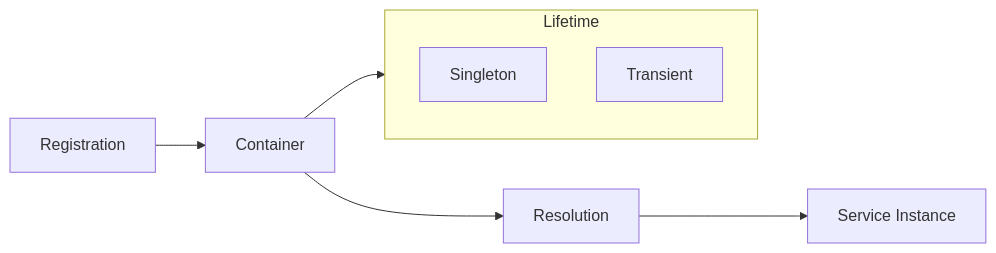
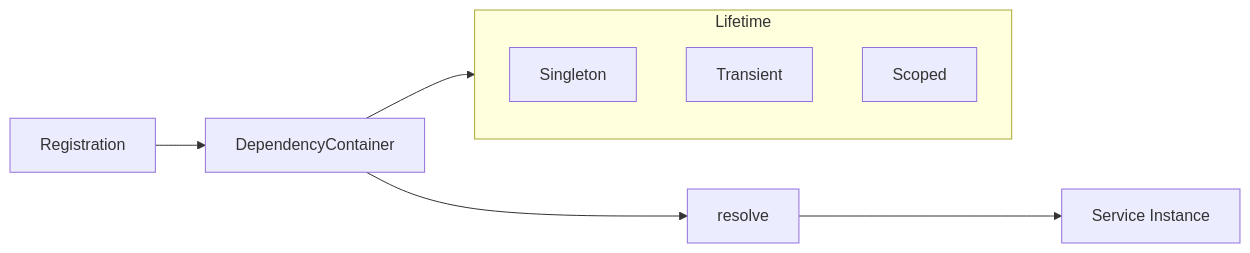
One commit to baselithcore/plugin-baselithbot changed the diagram in mkdocs-site/docs/core-modules/di.md. Above: the diagram before and after it, drawn with Mermaid. The commit also changed other lines of this file and 68 other files, not shown here.

````diff
--- a/mkdocs-site/docs/core-modules/di.md
+++ b/mkdocs-site/docs/core-modules/di.md
@@ -12,13 +12,14 @@
 ```mermaid
 graph LR
-    Register[Registration] --> Container
-    Container --> Resolve[Resolution]
+    Register[Registration] --> Container[DependencyContainer]
+    Container --> Resolve[resolve]
     Resolve --> Instance[Service Instance]
 
     subgraph Lifetime
         Singleton
         Transient
+        Scoped
     end
 
     Container --> Lifetime
 ```
````
